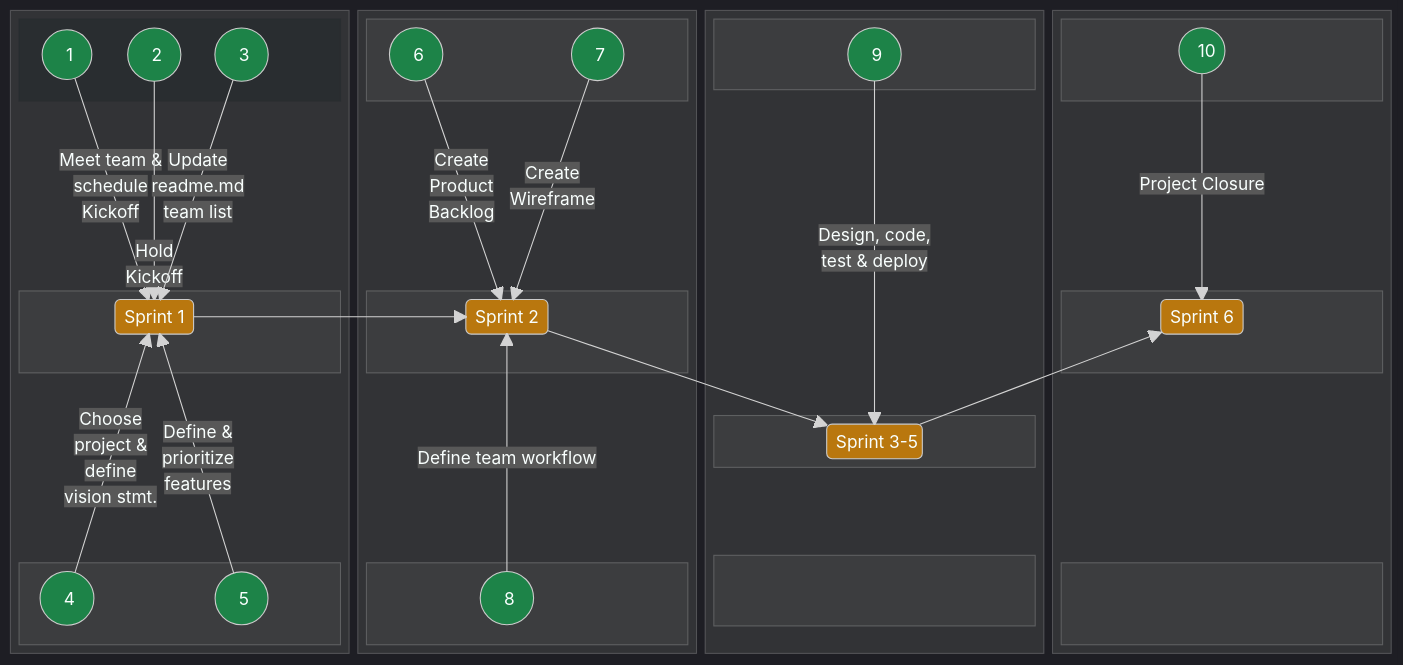
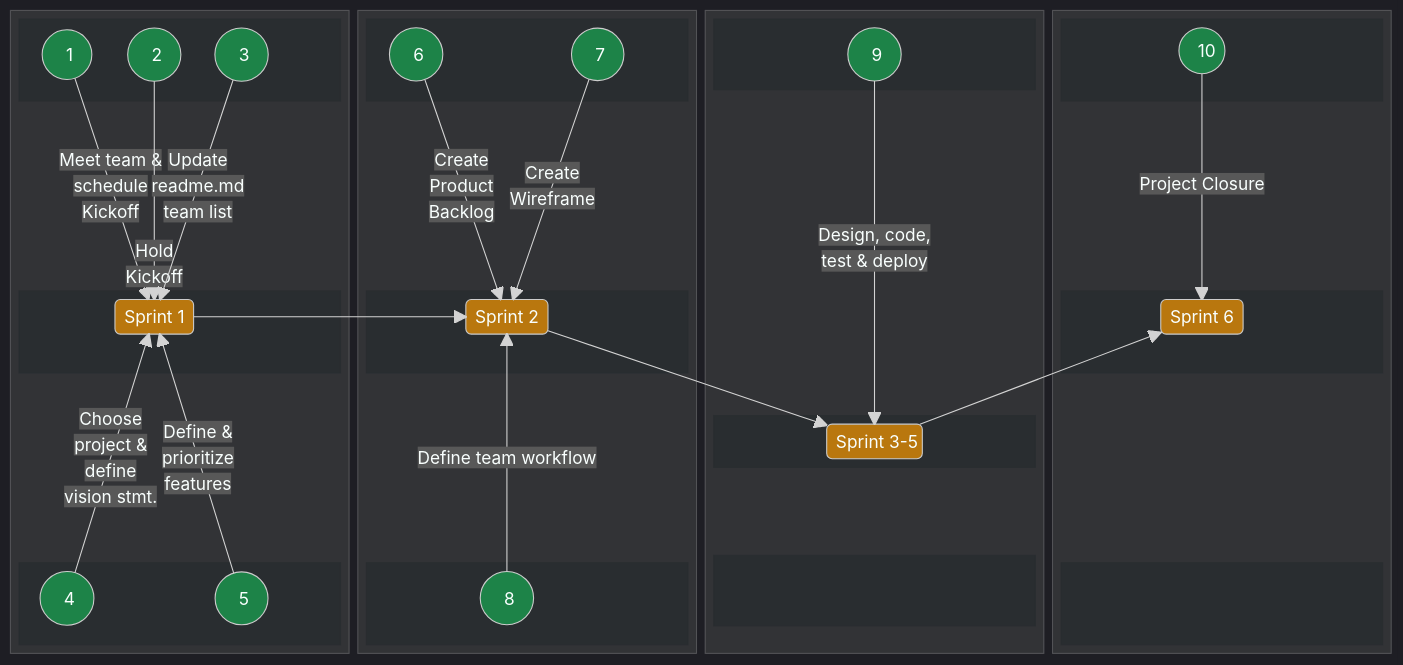
The second of 2 diagrams in README.md (jdmedlock/mermaid_testing), drawn with Mermaid before and after one commit.

Commit message:
Feature: Experiment with horizontal block diagram layout

```diff
--- a/README.md
+++ b/README.md
@@ -219,6 +219,17 @@
     SPRINTS35 --> SPRINT6
 
     style B1TOP stroke:#292d30,fill:#292d30
+    style B1CENTER stroke:#292d30,fill:#292d30
+    style B1BOTTOM stroke:#292d30,fill:#292d30
+    style B2TOP stroke:#292d30,fill:#292d30
+    style B2CENTER stroke:#292d30,fill:#292d30
+    style B2BOTTOM stroke:#292d30,fill:#292d30
+    style B3TOP stroke:#292d30,fill:#292d30
+    style B3CENTER stroke:#292d30,fill:#292d30
+    style B3BOTTOM stroke:#292d30,fill:#292d30
+    style B4TOP stroke:#292d30,fill:#292d30
+    style B4CENTER stroke:#292d30,fill:#292d30
+    style B4BOTTOM stroke:#292d30,fill:#292d30
 
     style A1 fill:#1d8348
     style A2 fill:#1d8348
```
